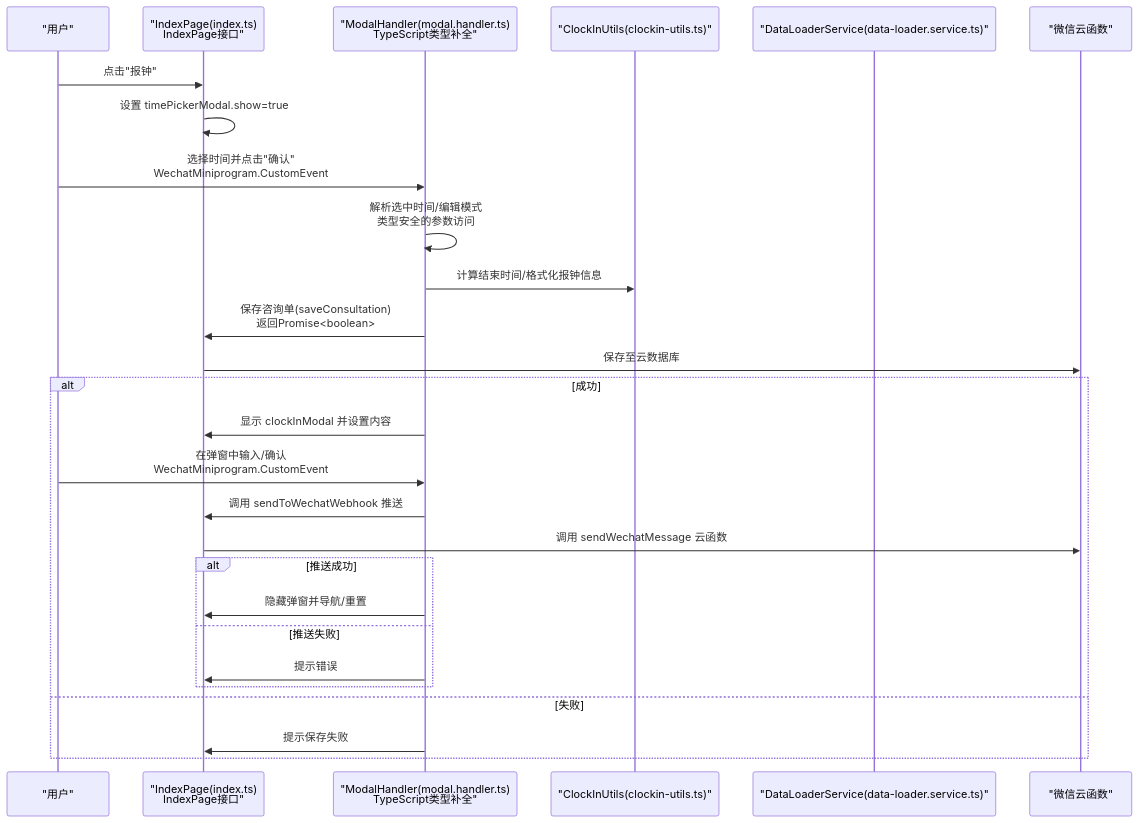
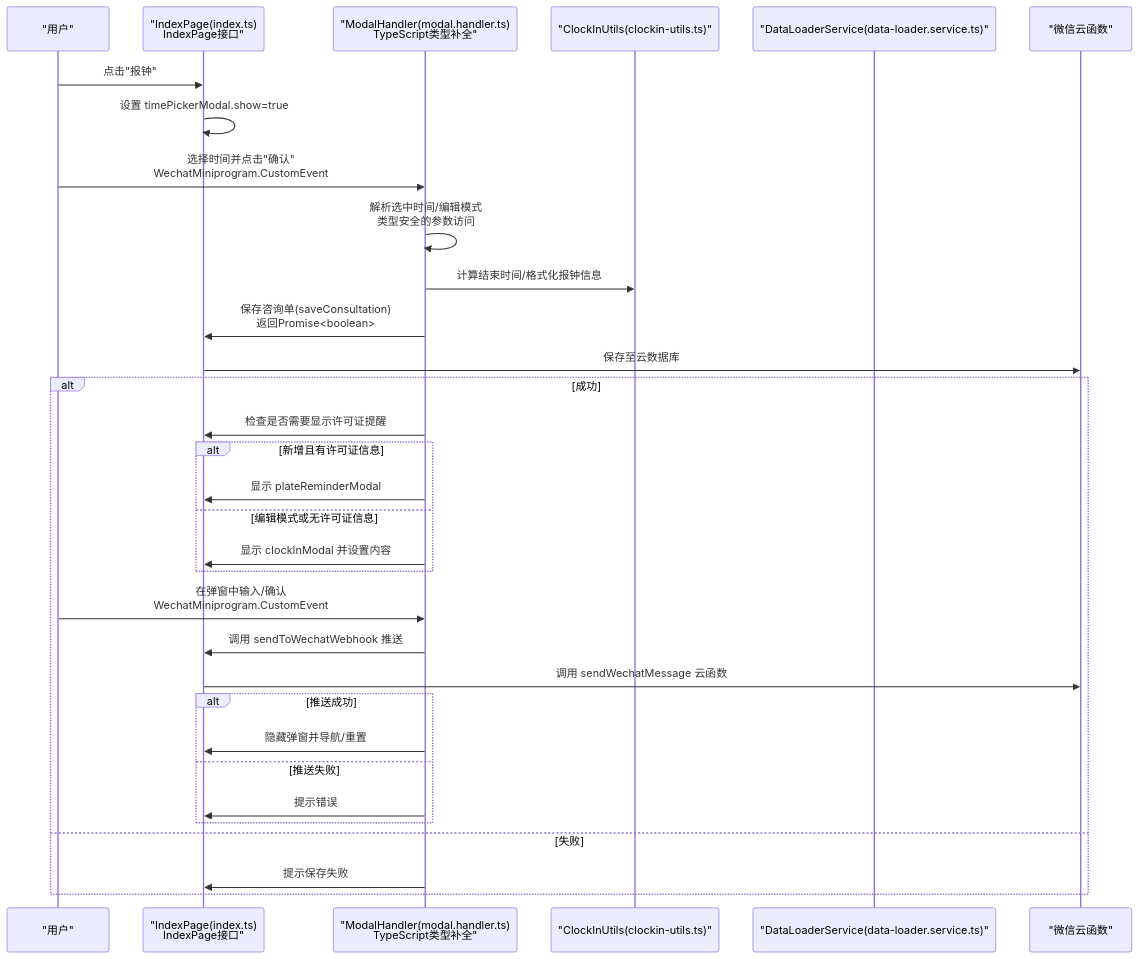
The second of 8 diagrams in .qoder/repowiki/zh/content/咨询单管理系统/模态框处理器.md (xwHoward/padoo-consulation-printer), drawn with Mermaid before and after one commit. The commit also changed other lines of this file and 21 other files, not shown here.

````diff
--- a/.qoder/repowiki/zh/content/咨询单管理系统/模态框处理器.md
+++ b/.qoder/repowiki/zh/content/咨询单管理系统/模态框处理器.md
@@ -88,29 +92,34 @@
 ```mermaid
 sequenceDiagram
 participant U as "用户"
 participant P as "IndexPage(index.ts)<br/>IndexPage接口"
 participant MH as "ModalHandler(modal.handler.ts)<br/>TypeScript类型补全"
 participant CI as "ClockInUtils(clockin-utils.ts)"
 participant DL as "DataLoaderService(data-loader.service.ts)"
 participant WX as "微信云函数"
 U->>P : 点击"报钟"
 P->>P : 设置 timePickerModal.show=true
 U->>MH : 选择时间并点击"确认"<br/>WechatMiniprogram.CustomEvent
 MH->>MH : 解析选中时间/编辑模式<br/>类型安全的参数访问
 MH->>CI : 计算结束时间/格式化报钟信息
 MH->>P : 保存咨询单(saveConsultation)<br/>返回Promise<boolean>
 P->>WX : 保存至云数据库
 alt 成功
+MH->>P : 检查是否需要显示许可证提醒
+alt 新增且有许可证信息
+MH->>P : 显示 plateReminderModal
+else 编辑模式或无许可证信息
 MH->>P : 显示 clockInModal 并设置内容
+end
 U->>MH : 在弹窗中输入/确认<br/>WechatMiniprogram.CustomEvent
 MH->>P : 调用 sendToWechatWebhook 推送
 P->>WX : 调用 sendWechatMessage 云函数
 alt 推送成功
 MH->>P : 隐藏弹窗并导航/重置
 else 推送失败
 MH->>P : 提示错误
 end
 else 失败
 MH->>P : 提示保存失败
 end
 ```
````
